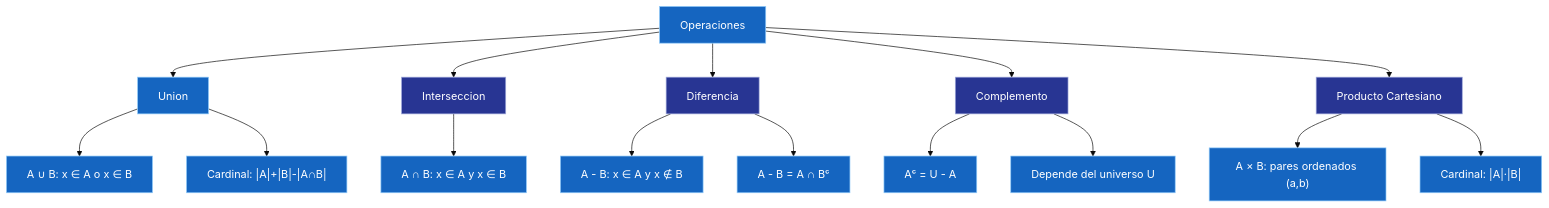
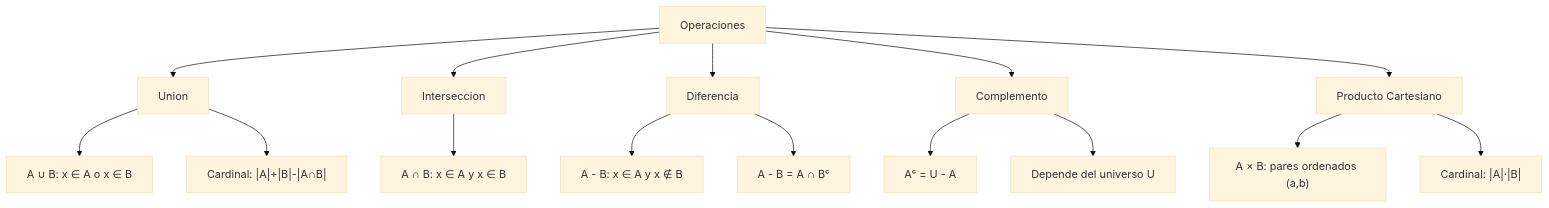
Before and after one commit to Fsteven22/Notas-ESPOL: the diagram in src/site/notes/Universidad/3er Semestre/Matemáticas Discretas/Unidad 1 - Logica y Conjuntos/IV - Teoría de Conjuntos/02 - Operaciones y Diagramas de Venn.md, drawn with Mermaid (base theme). The commit also changed other lines of this file and 179 other files, not shown here.

````diff
--- a/src/site/notes/Universidad/3er Semestre/Matemáticas Discretas/Unidad 1 - Logica y Conjuntos/IV - Teoría de Conjuntos/02 - Operaciones y Diagramas de Venn.md
+++ b/src/site/notes/Universidad/3er Semestre/Matemáticas Discretas/Unidad 1 - Logica y Conjuntos/IV - Teoría de Conjuntos/02 - Operaciones y Diagramas de Venn.md
@@ -277,38 +268,23 @@
 ```mermaid
 graph TD
     A[Operaciones] --> B[Union]
     A --> C[Interseccion]
     A --> D[Diferencia]
     A --> E[Complemento]
     A --> F[Producto Cartesiano]
 
     B --> B1["A ∪ B: x ∈ A o x ∈ B"]
     B --> B2["Cardinal: |A|+|B|-|A∩B|"]
 
     C --> C1["A ∩ B: x ∈ A y x ∈ B"]
 
     D --> D1["A - B: x ∈ A y x ∉ B"]
     D --> D2["A - B = A ∩ Bᶜ"]
 
     E --> E1["Aᶜ = U - A"]
     E --> E2["Depende del universo U"]
 
     F --> F1["A × B: pares ordenados (a,b)"]
     F --> F2["Cardinal: |A|·|B|"]
-    style A fill:#1565C0,color:#FFFFFF,stroke:#90CAF9,stroke-width:1px
-    style B fill:#1565C0,color:#FFFFFF,stroke:#90CAF9,stroke-width:1px
-    style B1 fill:#1565C0,color:#FFFFFF,stroke:#90CAF9,stroke-width:1px
-    style B2 fill:#1565C0,color:#FFFFFF,stroke:#90CAF9,stroke-width:1px
-    style C fill:#283593,color:#FFFFFF,stroke:#9FA8DA,stroke-width:1px
-    style C1 fill:#1565C0,color:#FFFFFF,stroke:#90CAF9,stroke-width:1px
-    style D fill:#283593,color:#FFFFFF,stroke:#9FA8DA,stroke-width:1px
-    style D1 fill:#1565C0,color:#FFFFFF,stroke:#90CAF9,stroke-width:1px
-    style D2 fill:#1565C0,color:#FFFFFF,stroke:#90CAF9,stroke-width:1px
-    style E fill:#283593,color:#FFFFFF,stroke:#9FA8DA,stroke-width:1px
-    style E1 fill:#1565C0,color:#FFFFFF,stroke:#90CAF9,stroke-width:1px
-    style E2 fill:#1565C0,color:#FFFFFF,stroke:#90CAF9,stroke-width:1px
-    style F fill:#283593,color:#FFFFFF,stroke:#9FA8DA,stroke-width:1px
-    style F1 fill:#1565C0,color:#FFFFFF,stroke:#90CAF9,stroke-width:1px
-    style F2 fill:#1565C0,color:#FFFFFF,stroke:#90CAF9,stroke-width:1px
 
 ```
````
